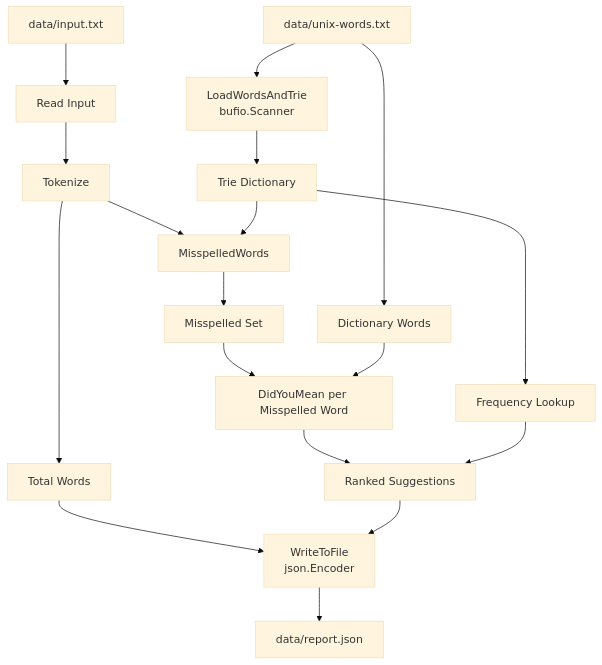
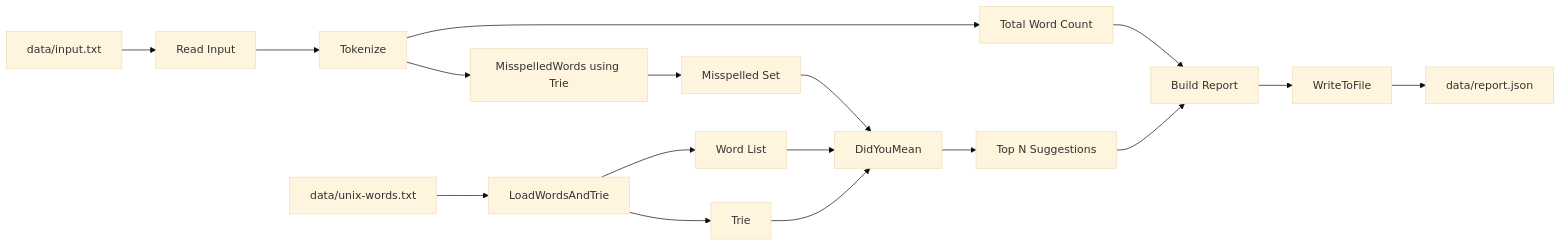
Before and after one commit to jainam-panchal/nextgen-training: the first of 3 diagrams in 11-day/spellchecker/README.md, drawn with Mermaid (base theme). The commit also changed other lines of this file, not shown here.

Commit message:
updated mermaid graph

````diff
--- a/11-day/spellchecker/README.md
+++ b/11-day/spellchecker/README.md
@@ -20,20 +20,21 @@
 ```mermaid
-flowchart TD
-    D[data/unix-words.txt] --> L[LoadWordsAndTrie<br/>bufio.Scanner]
-    L --> T[Trie Dictionary]
-    IN[data/input.txt] --> R1[Read Input]
-    R1 --> TK[Tokenize]
-    TK --> C1[MisspelledWords]
-    T --> C1
-    C1 --> M[Misspelled Set]
-    M --> DYM[DidYouMean per Misspelled Word]
-    D --> DW[Dictionary Words]
-    DW --> DYM
-    T --> FQ[Frequency Lookup]
-    DYM --> RP[Ranked Suggestions]
-    FQ --> RP
-    TK --> TW[Total Words]
-    TW --> WR[WriteToFile<br/>json.Encoder]
-    RP --> WR
+flowchart LR
+    D[data/unix-words.txt] --> L[LoadWordsAndTrie]
+    L --> T[Trie]
+    L --> W[Word List]
+
+    IN[data/input.txt] --> R[Read Input]
+    R --> TK[Tokenize]
+    TK --> MW[MisspelledWords using Trie]
+    MW --> M[Misspelled Set]
+    M --> DY[DidYouMean]
+    W --> DY
+    T --> DY
+    DY --> S[Top N Suggestions]
+
+    TK --> C[Total Word Count]
+    C --> REP[Build Report]
+    S --> REP
+    REP --> WR[WriteToFile]
     WR --> OUT[data/report.json]
 ```
````
